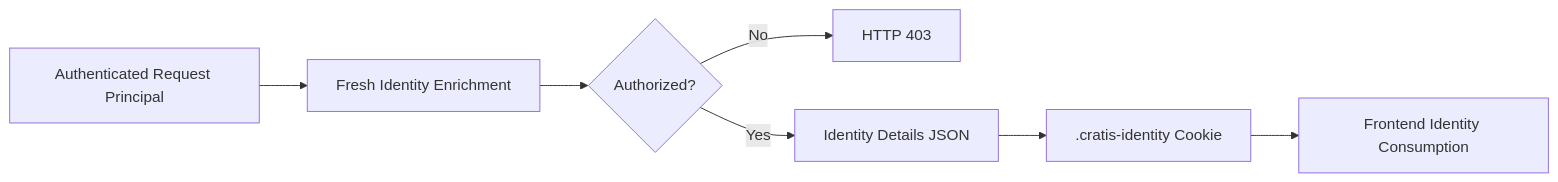
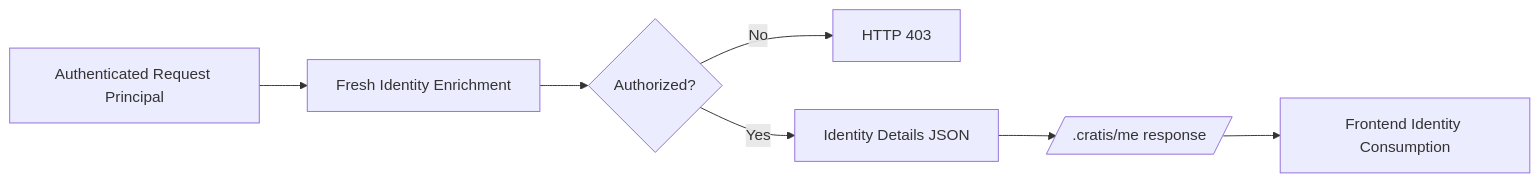
Before and after one commit to Cratis/Arc: the diagram in Documentation/backend/csharp/identity/index.md, drawn with Mermaid. The commit also changed other lines of this file and 13 other files, not shown here.

````diff
--- a/Documentation/backend/csharp/identity/index.md
+++ b/Documentation/backend/csharp/identity/index.md
@@ -19,9 +19,9 @@
 ```mermaid
 flowchart LR
     A[Authenticated Request Principal] --> B[Fresh Identity Enrichment]
     B --> C{Authorized?}
     C -- No --> D[HTTP 403]
     C -- Yes --> E[Identity Details JSON]
-    E --> F[.cratis-identity Cookie]
+    E --> F[/.cratis/me response/]
     F --> G[Frontend Identity Consumption]
 ```
````
